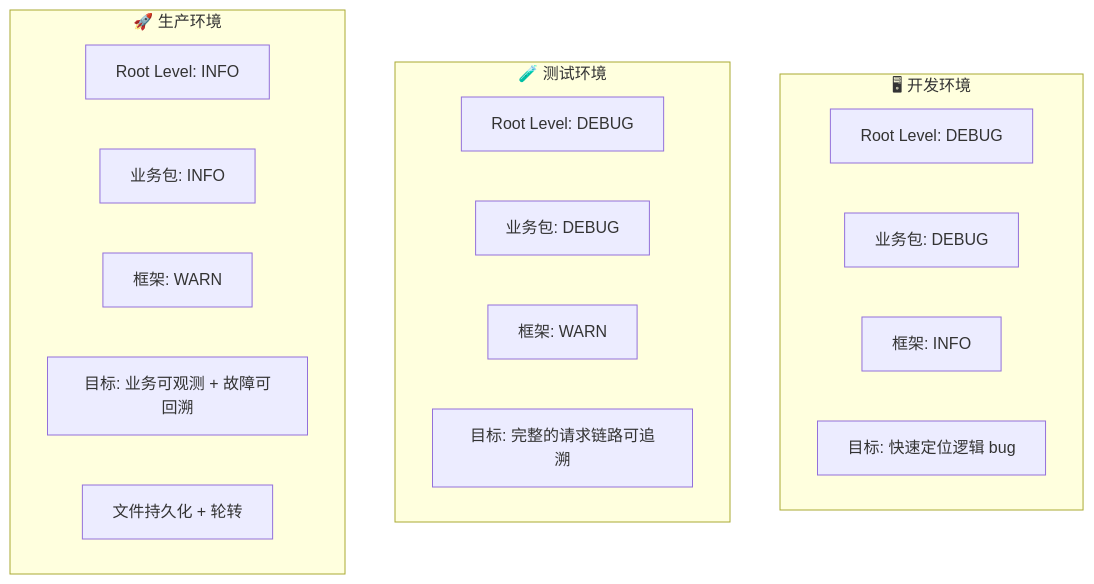
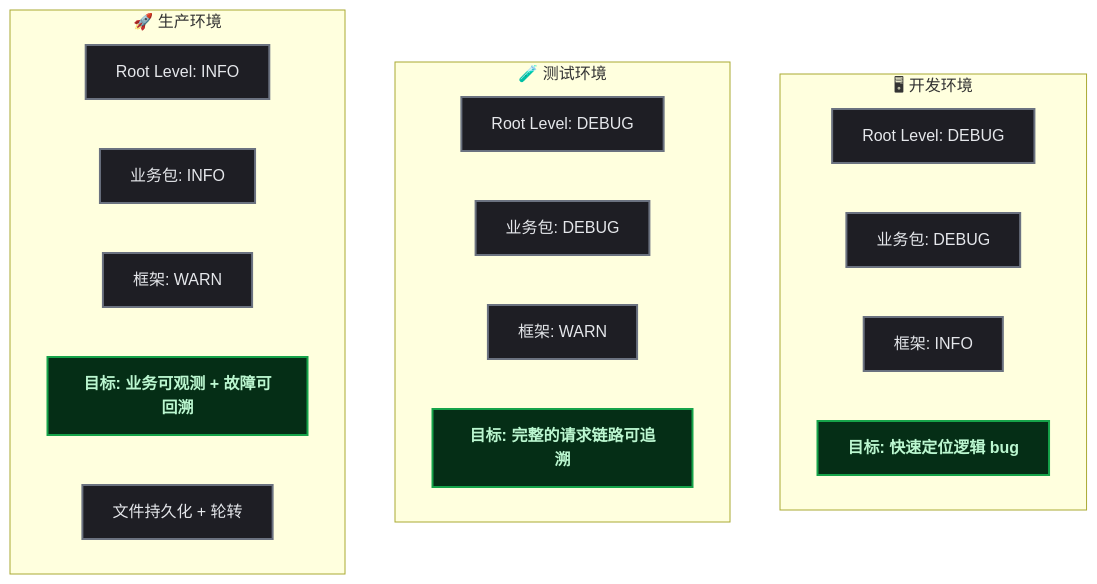
The sixth of 6 diagrams in content/posts/monitoring/StructuredLoggingGuide.md (yaocat55/yaocat55.github.io), drawn with Mermaid before and after one commit. The commit also changed other lines of this file and 155 other files, not shown here.

````diff
--- a/content/posts/monitoring/StructuredLoggingGuide.md
+++ b/content/posts/monitoring/StructuredLoggingGuide.md
@@ -712,25 +739,28 @@
 ```mermaid
 flowchart TD
     subgraph DEV["🖥 开发环境"]
         D1["Root Level: DEBUG"]
         D2["业务包: DEBUG"]
         D3["框架: INFO"]
         D4["目标: 快速定位逻辑 bug"]
     end
     subgraph TEST["🧪 测试环境"]
         T1["Root Level: DEBUG"]
         T2["业务包: DEBUG"]
         T3["框架: WARN"]
         T4["目标: 完整的请求链路可追溯"]
     end
     subgraph PROD["🚀 生产环境"]
         P1["Root Level: INFO"]
         P2["业务包: INFO"]
         P3["框架: WARN"]
         P4["目标: 业务可观测 + 故障可回溯"]
         P5["文件持久化 + 轮转"]
     end
 
     class D1,D2,D3,T1,T2,T3,P1,P2,P3,P5 process
     class D4,T4,P4 data
+
+classDef data fill:#052e16,stroke:#16a34a,stroke-width:2px,color:#bbf7d0,font-weight:bold;
+classDef process fill:#1e1e24,stroke:#6b7280,stroke-width:2px,color:#e5e7eb;
 ```
````
